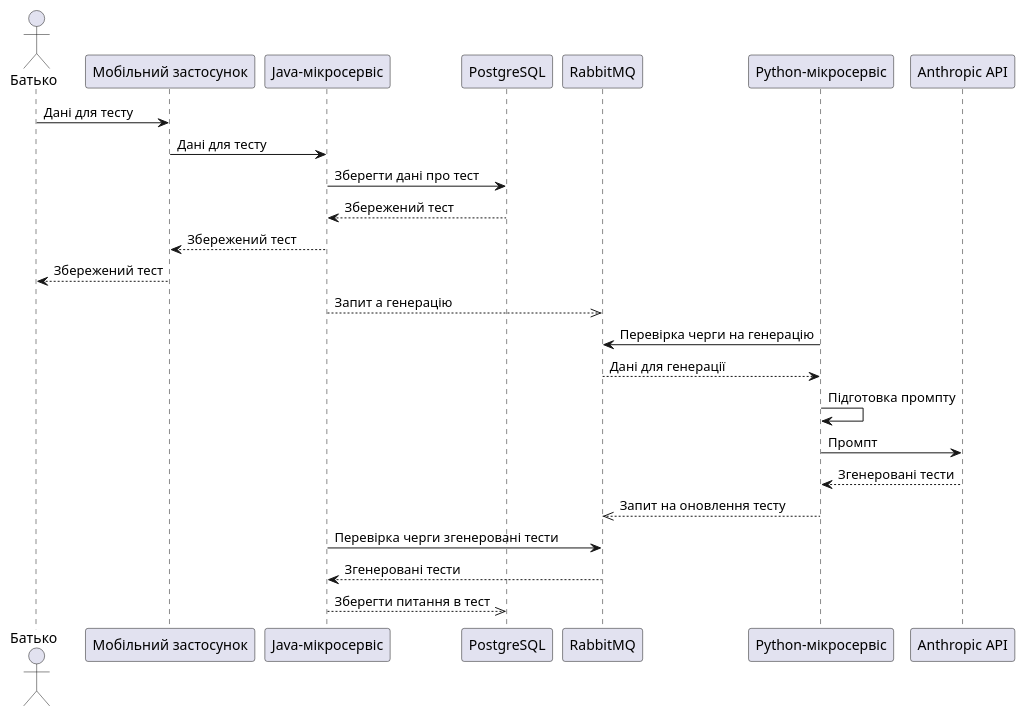
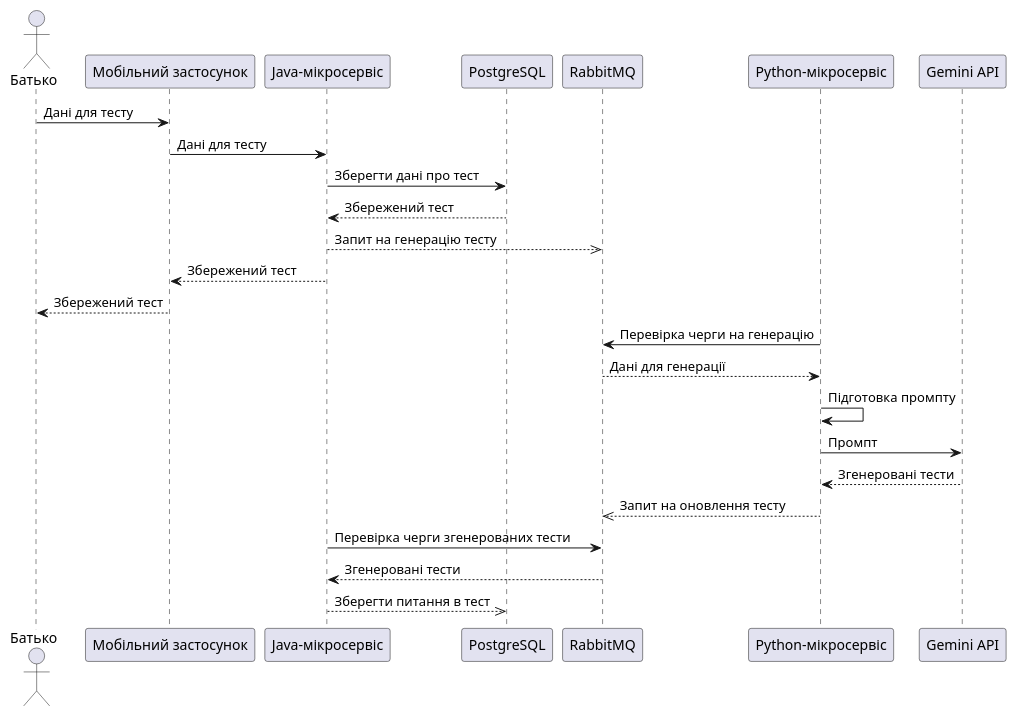
The diagram in mol_for_presentation_diagrams/creating_test.puml (VlaTal1/diplom), drawn with PlantUML before and after one commit.

Commit message:
Updated sequence diagram for test generation flow

```diff
--- a/mol_for_presentation_diagrams/creating_test.puml
+++ b/mol_for_presentation_diagrams/creating_test.puml
@@ -1,28 +1,28 @@
 @startuml
 
 actor Батько as Parent
 participant "Мобільний застосунок" as Front
 participant "Java-мікросервіс" as Java
 participant "PostgreSQL" as Postgres
 participant "RabbitMQ" as RabbitMQ
 participant "Python-мікросервіс" as Python
-participant "Anthropic API" as Anthropic
+participant "Gemini API" as Anthropic
 
 Parent -> Front: Дані для тесту
 Front -> Java: Дані для тесту
 Java -> Postgres: Зберегти дані про тест
 Postgres --> Java: Збережений тест
+Java -->> RabbitMQ: Запит на генерацію тесту
 Java --> Front: Збережений тест
 Front --> Parent: Збережений тест
-Java -->> RabbitMQ: Запит а генерацію
 Python -> RabbitMQ: Перевірка черги на генерацію
 RabbitMQ --> Python: Дані для генерації
 Python -> Python: Підготовка промпту
 Python -> Anthropic: Промпт
 Anthropic --> Python: Згенеровані тести
 Python -->> RabbitMQ: Запит на оновлення тесту
-Java -> RabbitMQ: Перевірка черги згенеровані тести
+Java -> RabbitMQ: Перевірка черги згенерованих тести
 RabbitMQ --> Java: Згенеровані тести
 Java -->> Postgres: Зберегти питання в тест
 
 @enduml
```
